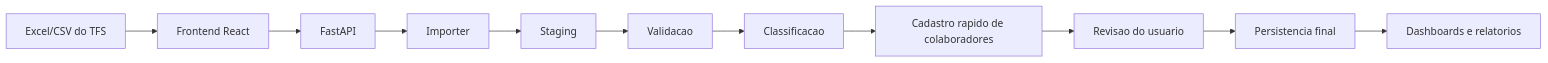
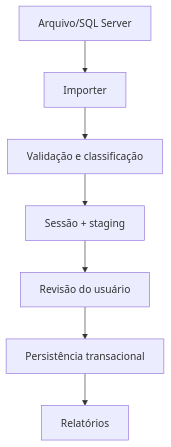
Before and after one commit to GiovannaBarbieri/alfred: the third of 5 diagrams in docs/07-arquitetura-tecnica.md, drawn with Mermaid. The commit also changed other lines of this file and 59 other files, not shown here.

````diff
--- a/docs/07-arquitetura-tecnica.md
+++ b/docs/07-arquitetura-tecnica.md
@@ -21,13 +72,9 @@
 ```mermaid
-flowchart LR
-  A["Excel/CSV do TFS"] --> B["Frontend React"]
-  B --> C["FastAPI"]
-  C --> D["Importer"]
-  D --> E["Staging"]
-  E --> F["Validacao"]
-  F --> G["Classificacao"]
-  G --> H["Cadastro rapido de colaboradores"]
-  H --> I["Revisao do usuario"]
-  I --> J["Persistencia final"]
-  J --> K["Dashboards e relatorios"]
+flowchart TD
+  A["Arquivo/SQL Server"] --> B["Importer"]
+  B --> C["Validação e classificação"]
+  C --> D["Sessão + staging"]
+  D --> E["Revisão do usuário"]
+  E --> F["Persistência transacional"]
+  F --> G["Relatórios"]
 ```
````
